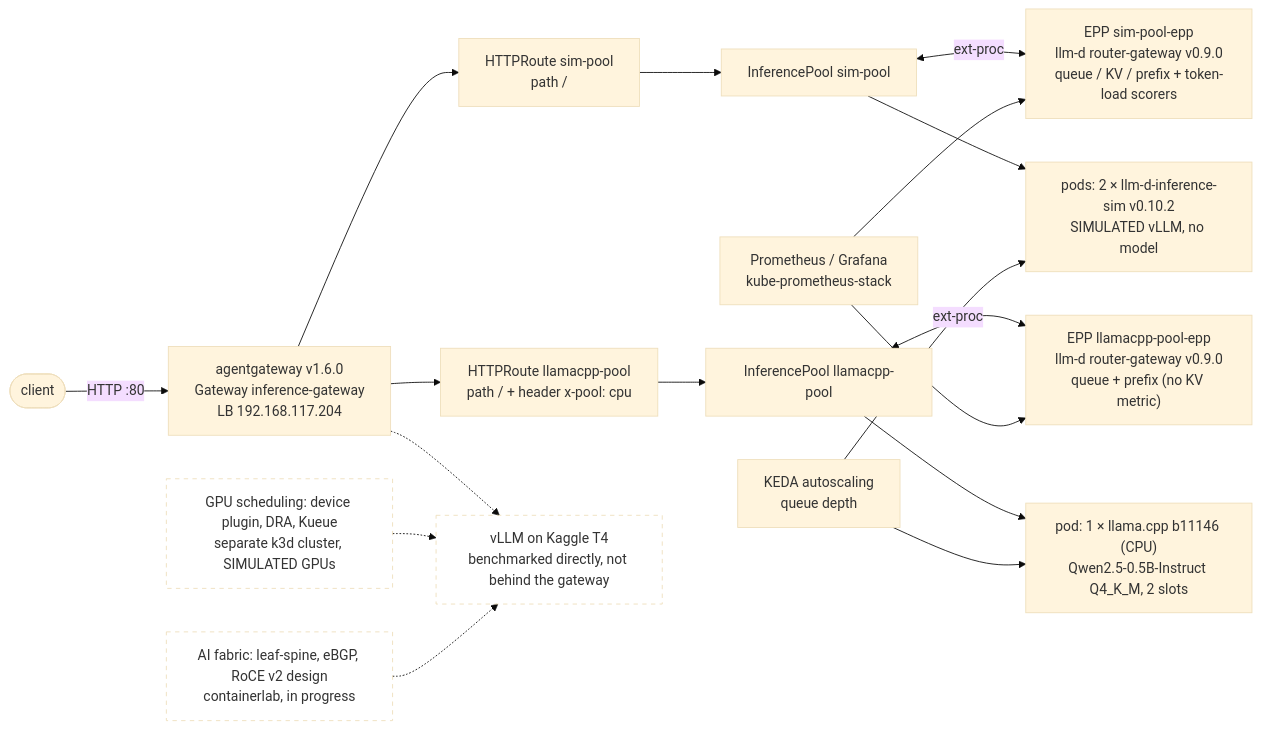
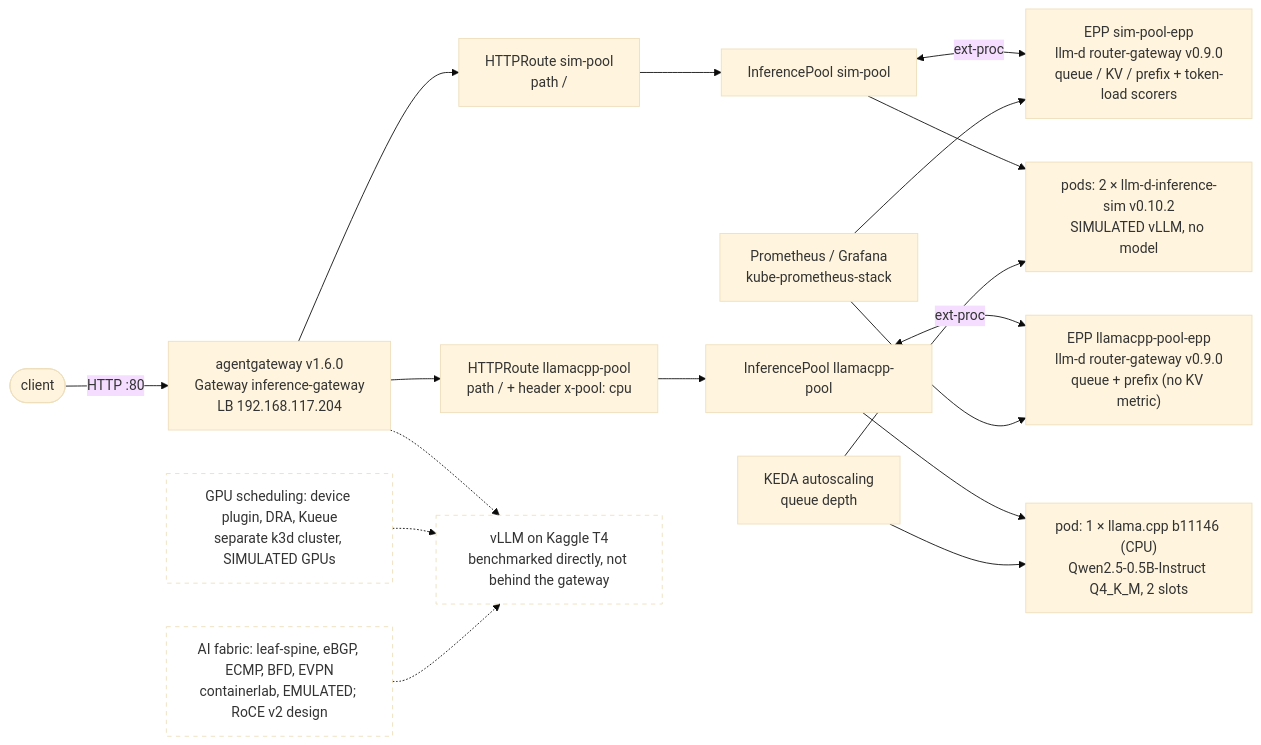
Before and after one commit to veldanda3415/goodput-stack: the diagram in README.md, drawn with Mermaid (base theme). The commit also changed other lines of this file and 4 other files, not shown here.

````diff
--- a/README.md
+++ b/README.md
@@ -25,23 +27,23 @@
 ```mermaid
 flowchart LR
     client([client]) -->|HTTP :80| gw["agentgateway v1.6.0<br/>Gateway inference-gateway<br/>LB 192.168.117.204"]
     gw --> rs["HTTPRoute sim-pool<br/>path /"]
     gw --> rc["HTTPRoute llamacpp-pool<br/>path / + header x-pool: cpu"]
     rs --> ps["InferencePool sim-pool"]
     rc --> pc["InferencePool llamacpp-pool"]
     ps <-->|ext-proc| es["EPP sim-pool-epp<br/>llm-d router-gateway v0.9.0<br/>queue / KV / prefix + token-load scorers"]
     pc <-->|ext-proc| ec["EPP llamacpp-pool-epp<br/>llm-d router-gateway v0.9.0<br/>queue + prefix (no KV metric)"]
     ps --> sim["pods: 2 × llm-d-inference-sim v0.10.2<br/>SIMULATED vLLM, no model"]
     pc --> llama["pod: 1 × llama.cpp b11146 (CPU)<br/>Qwen2.5-0.5B-Instruct Q4_K_M, 2 slots"]
 
     gw -.-> pg["vLLM on Kaggle T4<br/>benchmarked directly, not behind the gateway"]
     keda["KEDA autoscaling<br/>queue depth"] --> sim
     keda --> llama
     kueue["GPU scheduling: device plugin, DRA, Kueue<br/>separate k3d cluster, SIMULATED GPUs"] -.-> pg
     prom["Prometheus / Grafana<br/>kube-prometheus-stack"] --> es
     prom --> ec
-    fabric["AI fabric: leaf-spine, eBGP, RoCE v2 design<br/>containerlab, in progress"] -.-> pg
+    fabric["AI fabric: leaf-spine, eBGP, ECMP, BFD, EVPN<br/>containerlab, EMULATED; RoCE v2 design"] -.-> pg
 
     classDef planned stroke-dasharray: 5 5,fill:none
     class pg,kueue,fabric planned
 ```
````
